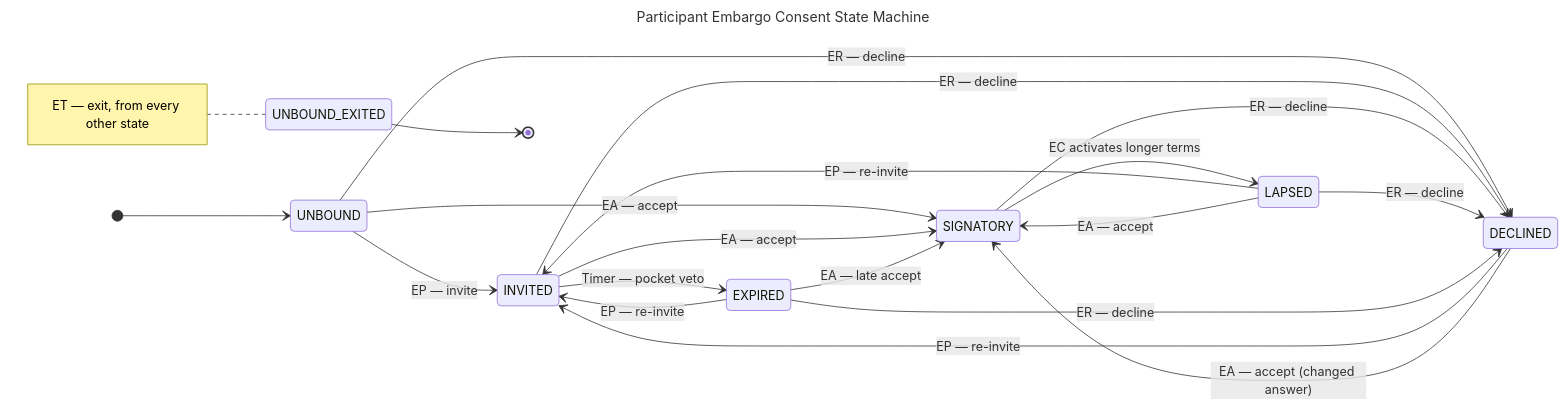
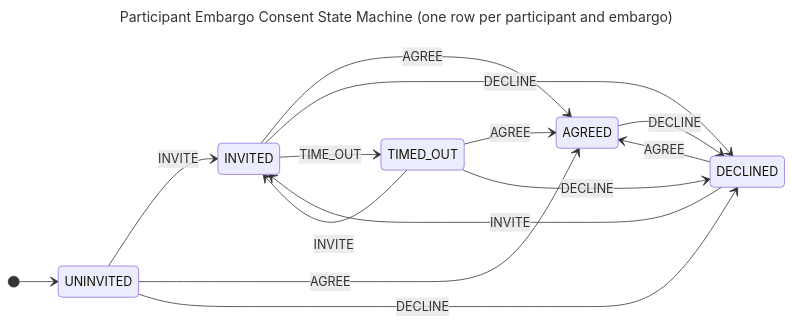
One commit to CERTCC/Vultron changed the diagram in docs/topics/process_models/em/pec_state_machine_diagram.md. Above: the diagram before and after it, drawn with Mermaid. The commit also changed other lines of this file and 23 other files, not shown here.

First line of the commit message:
docs: describe the embargo register, per-embargo consent and the ledger copy model (#4296)

````diff
--- a/docs/topics/process_models/em/pec_state_machine_diagram.md
+++ b/docs/topics/process_models/em/pec_state_machine_diagram.md
@@ -1,26 +1,20 @@
 ```mermaid
 ---
-title: Participant Embargo Consent State Machine
+title: Participant Embargo Consent State Machine (one row per participant and embargo)
 ---
 stateDiagram-v2
     direction LR
-    [*] --> UNBOUND
-    UNBOUND --> INVITED: EP — invite
-    UNBOUND --> SIGNATORY: EA — accept
-    UNBOUND --> DECLINED: ER — decline
-    INVITED --> SIGNATORY: EA — accept
-    INVITED --> DECLINED: ER — decline
-    INVITED --> EXPIRED: Timer — pocket veto
-    SIGNATORY --> LAPSED: EC activates longer terms
-    SIGNATORY --> DECLINED: ER — decline
-    LAPSED --> INVITED: EP — re-invite
-    LAPSED --> SIGNATORY: EA — accept
-    LAPSED --> DECLINED: ER — decline
-    DECLINED --> INVITED: EP — re-invite
-    DECLINED --> SIGNATORY: EA — accept (changed answer)
-    EXPIRED --> INVITED: EP — re-invite
-    EXPIRED --> SIGNATORY: EA — late accept
-    EXPIRED --> DECLINED: ER — decline
-    UNBOUND_EXITED --> [*]
-    note left of UNBOUND_EXITED: ET — exit, from every other state
+    [*] --> UNINVITED
+    UNINVITED --> INVITED: INVITE
+    UNINVITED --> AGREED: AGREE
+    UNINVITED --> DECLINED: DECLINE
+    INVITED --> AGREED: AGREE
+    INVITED --> DECLINED: DECLINE
+    INVITED --> TIMED_OUT: TIME_OUT
+    AGREED --> DECLINED: DECLINE
+    DECLINED --> INVITED: INVITE
+    DECLINED --> AGREED: AGREE
+    TIMED_OUT --> INVITED: INVITE
+    TIMED_OUT --> AGREED: AGREE
+    TIMED_OUT --> DECLINED: DECLINE
 ```
````
